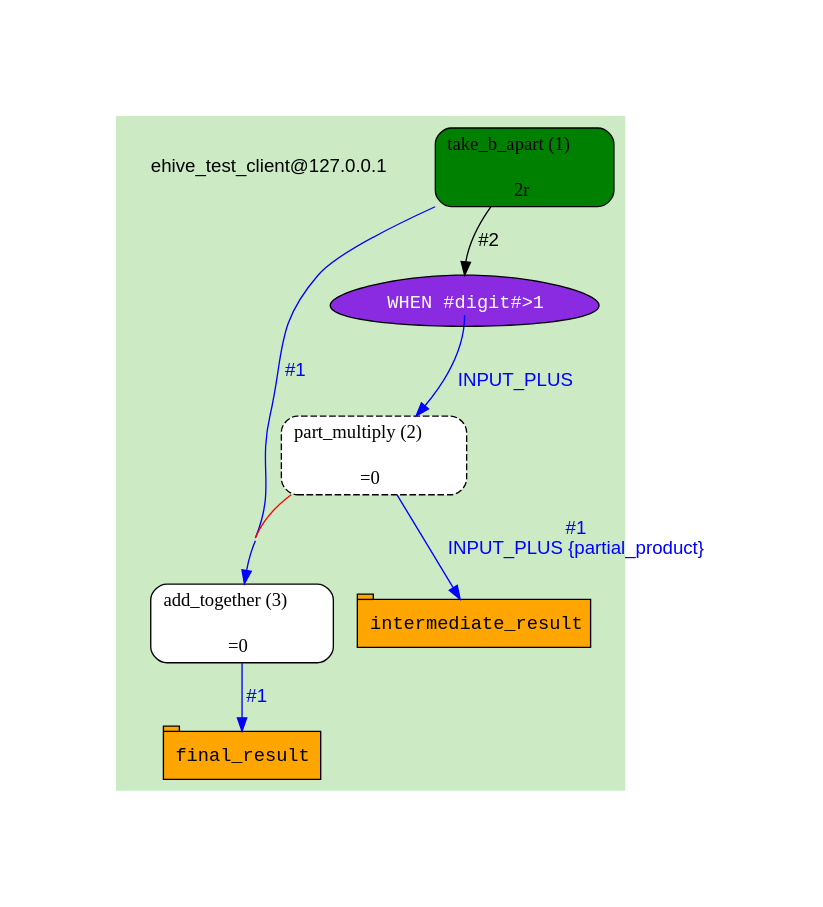
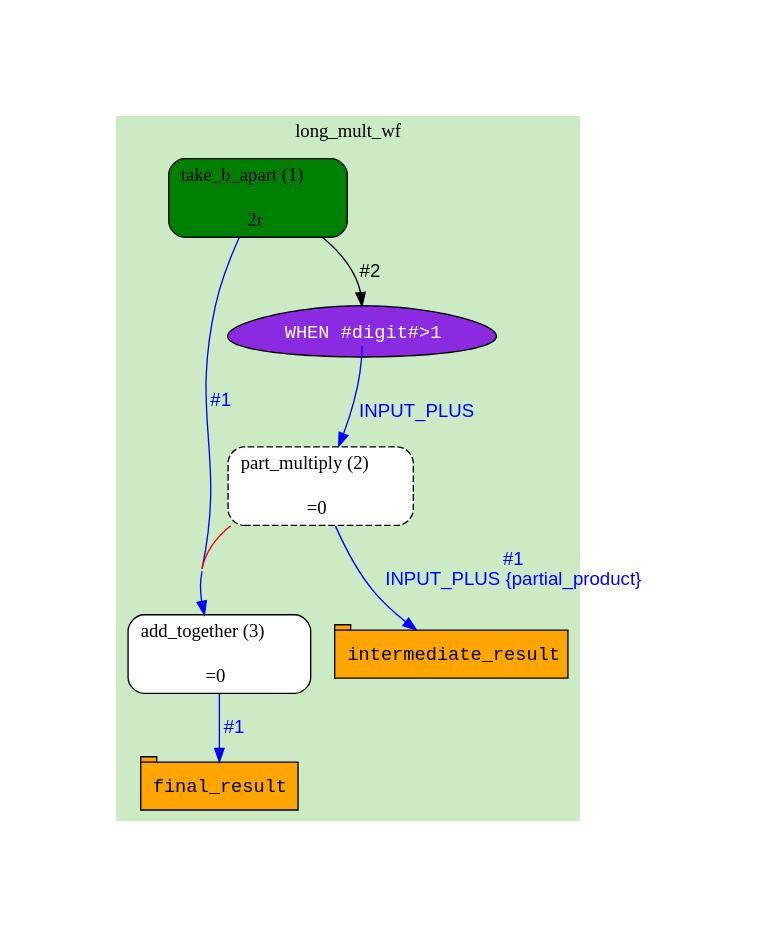
The diagram in t/03.scripts/generate_graph/LongMult::PipeConfig::LongMultWf_conf.stored.dot (Ensembl/ensembl-hive), drawn with Graphviz before and after one commit. The commit also changed 8 other files, not shown here.

Commit message:
Switch from using a separate pipeline_label to displaying the top-level cluster name; regenerated the test files accordingly

```diff
--- a/t/03.scripts/generate_graph/LongMult::PipeConfig::LongMultWf_conf.stored.dot
+++ b/t/03.scripts/generate_graph/LongMult::PipeConfig::LongMultWf_conf.stored.dot
@@ -1,29 +1,28 @@
 digraph test {
 	ratio="compress"; concentrate = "true"; name = "AnalysisWorkflow"; pad = "1.0";
 	analysis_take_b_apart [fillcolor="green", fontname="Times-Roman", label=<<table border="0" cellborder="0" cellspacing="0" cellpadding="1"><tr><td colspan="1">take_b_apart (1)</td></tr><tr><td colspan="1"> </td></tr><tr><td bgcolor="green" width="100%">2r</td></tr></table>>, shape="Mrecord", style="filled"];
 	analysis_add_together [fillcolor="white", fontname="Times-Roman", label=<<table border="0" cellborder="0" cellspacing="0" cellpadding="1"><tr><td colspan="1">add_together (3)</td></tr><tr><td colspan="1"> </td></tr><tr><td>=0</td></tr></table>>, shape="Mrecord", style="filled"];
 	analysis_part_multiply [fillcolor="white", fontname="Times-Roman", label=<<table border="0" cellborder="0" cellspacing="0" cellpadding="1"><tr><td colspan="1">part_multiply (2)</td></tr><tr><td colspan="1"> </td></tr><tr><td>=0</td></tr></table>>, shape="Mrecord", style="dashed, filled"];
 	table_final_result [fillcolor="orange", fontcolor="black", fontname="Courier", label=<<table border="0" cellborder="0" cellspacing="0" cellpadding="1"><tr><td colspan="1">final_result</td></tr></table>>, shape="tab", style="filled"];
 	dfr_2_mp [fillcolor="blueviolet", fontcolor="white", fontname="Courier", label=<<table border="0" cellborder="0" cellspacing="0" cellpadding="1">i<tr><td></td></tr><tr><td port="cond_0">WHEN #digit#&gt;1</td></tr></table>>, shape="egg", style="filled"];
 	table_intermediate_result [fillcolor="orange", fontcolor="black", fontname="Courier", label=<<table border="0" cellborder="0" cellspacing="0" cellpadding="1"><tr><td colspan="1">intermediate_result</td></tr></table>>, shape="tab", style="filled"];
-	pipelabel_long_mult_wf [fontname="Helvetica", label="ehive_test_client@127.0.0.1", shape="plaintext"];
 	analysis_add_together -> table_final_result [color="blue", fontcolor="blue", fontname="Helvetica", label="#1\n"];
 	analysis_part_multiply -> analysis_add_together [arrowhead="tee", color="red"];
 	analysis_part_multiply -> table_intermediate_result [color="blue", fontcolor="blue", fontname="Helvetica", label="#1\nINPUT_PLUS {partial_product}"];
 	analysis_take_b_apart -> analysis_add_together [color="blue", fontcolor="blue", fontname="Helvetica", label="#1\n"];
 	analysis_take_b_apart -> dfr_2_mp [arrowhead="normal", color="black", fontcolor="black", fontname="Helvetica", headport="n", label="#2"];
 	dfr_2_mp -> analysis_part_multiply [color="blue", fontcolor="blue", fontname="Helvetica", label="\nINPUT_PLUS ", tailport="cond_0"];
 
-subgraph cluster_cl_long_mult_wf {
+subgraph cluster_long_mult_wf {
+	label="long_mult_wf";
 	style=filled;
 	colorscheme=pastel19;
 	color=3;
-	pipelabel_long_mult_wf;
 	analysis_take_b_apart;
 	dfr_2_mp;
 	analysis_part_multiply;
 	table_intermediate_result;
 	analysis_add_together;
 	table_final_result;
 }
 }
```
